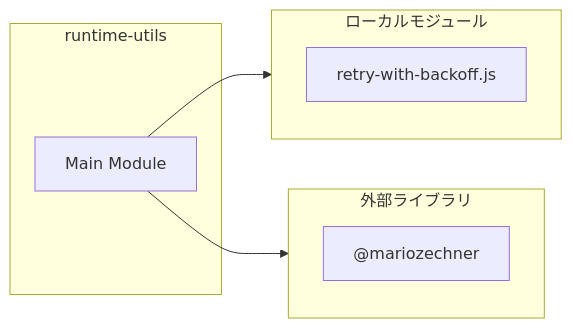
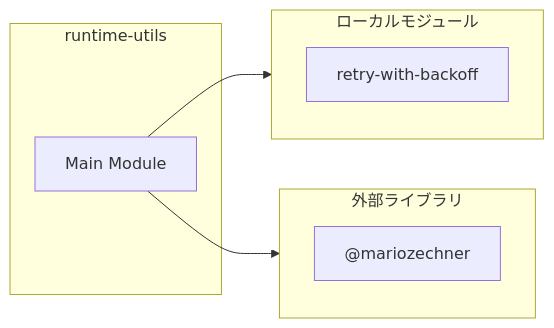
The first of 3 diagrams in ABDD/.pi/lib/runtime-utils.md (Mekann2904/mekann), drawn with Mermaid before and after one commit. The commit also changed other lines of this file and 174 other files, not shown here.

First line of the commit message:
fix(docs): ABDDのMermaid図生成エラーを修正する

````diff
--- a/ABDD/.pi/lib/runtime-utils.md
+++ b/ABDD/.pi/lib/runtime-utils.md
@@ -39,14 +39,14 @@
 ```mermaid
 flowchart LR
   subgraph this[runtime-utils]
     main[Main Module]
   end
   subgraph local[ローカルモジュール]
-    retry_with_backoff_js["retry-with-backoff.js"]
+    retry_with_backoff["retry-with-backoff"]
   end
   main --> local
   subgraph external[外部ライブラリ]
     _mariozechner["@mariozechner"]
   end
   main --> external
 ```
````
